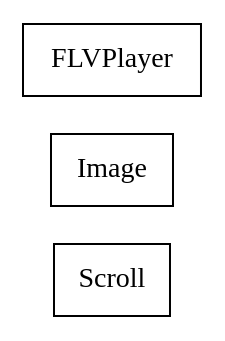
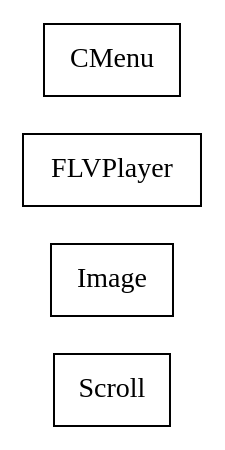
Before and after one commit to sekati/sasapi: the diagram in docs/com/sekati/ui/classes.dot, drawn with Graphviz. The commit also changed 55 other files, not shown here.

```diff
--- a/docs/com/sekati/ui/classes.dot
+++ b/docs/com/sekati/ui/classes.dot
@@ -1,21 +1,27 @@
 strict digraph class_diagram {
   rankdir=LR;
   TypeScroll[
     label="Scroll",
     URL="Scroll.html",
     tooltip="com.sekati.ui.Scroll",
     shape="record"
   ];
   TypeImage[
     label="Image",
     URL="Image.html",
     tooltip="com.sekati.ui.Image",
     shape="record"
   ];
   TypeFLVPlayer[
     label="FLVPlayer",
     URL="FLVPlayer.html",
     tooltip="com.sekati.ui.FLVPlayer",
     shape="record"
   ];
+  TypeCMenu[
+    label="CMenu",
+    URL="CMenu.html",
+    tooltip="com.sekati.ui.CMenu",
+    shape="record"
+  ];
 }
```
